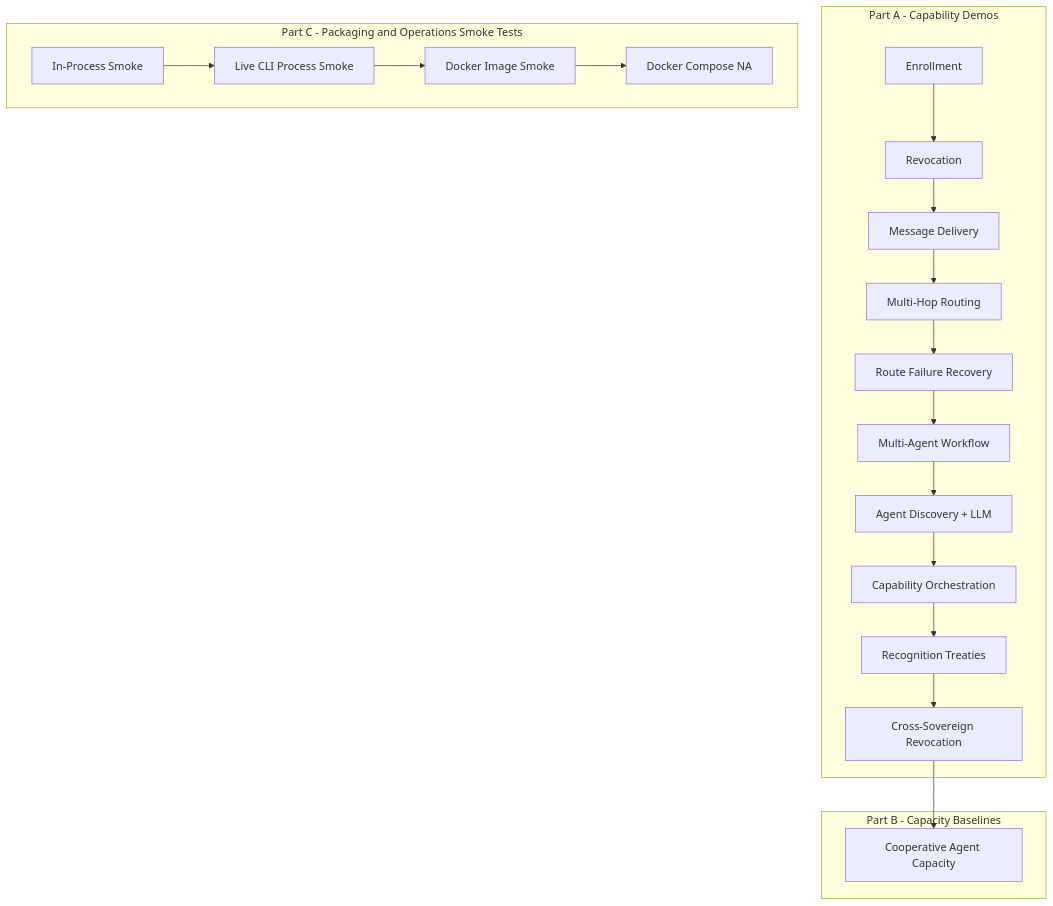
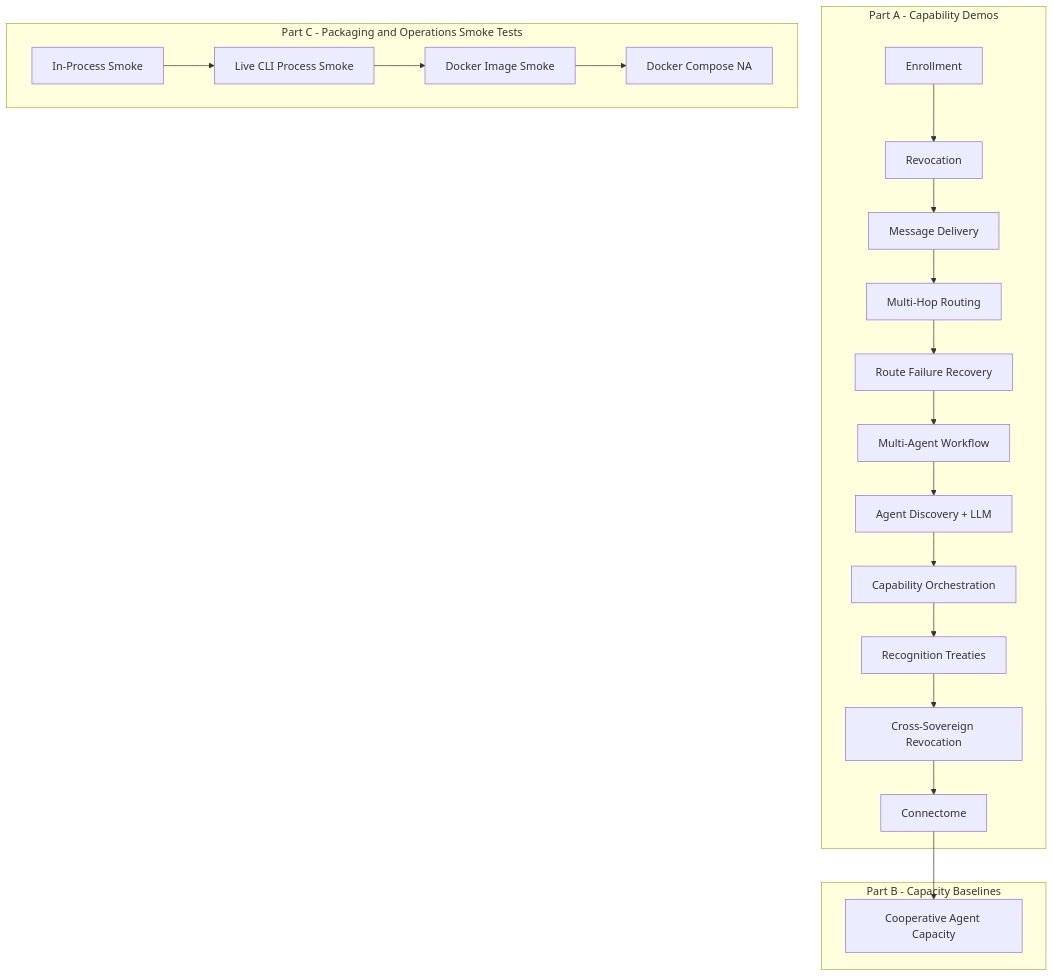
One commit to GenesisMeshLabs/genesismesh changed the first of 14 diagrams in docs/examples/demos.md. Above: the diagram before and after it, drawn with Mermaid. The commit also changed other lines of this file and 15 other files, not shown here.

````diff
--- a/docs/examples/demos.md
+++ b/docs/examples/demos.md
@@ -25,30 +25,31 @@
 ```{mermaid}
 flowchart TD
     subgraph A[Part A - Capability Demos]
         A1[Enrollment]
         A2[Revocation]
         A3[Message Delivery]
         A4[Multi-Hop Routing]
         A5[Route Failure Recovery]
         A6[Multi-Agent Workflow]
         A7[Agent Discovery + LLM]
         A8[Capability Orchestration]
         A9[Recognition Treaties]
         A10[Cross-Sovereign Revocation]
+        A11[Connectome]
     end
 
     subgraph B[Part B - Capacity Baselines]
         B1[Cooperative Agent Capacity]
     end
 
     subgraph C[Part C - Packaging and Operations Smoke Tests]
         C1[In-Process Smoke]
         C2[Live CLI Process Smoke]
         C3[Docker Image Smoke]
         C4[Docker Compose NA]
     end
 
-    A1 --> A2 --> A3 --> A4 --> A5 --> A6 --> A7 --> A8 --> A9 --> A10
-    A10 --> B1
+    A1 --> A2 --> A3 --> A4 --> A5 --> A6 --> A7 --> A8 --> A9 --> A10 --> A11
+    A11 --> B1
     C1 --> C2 --> C3 --> C4
 ```
````
